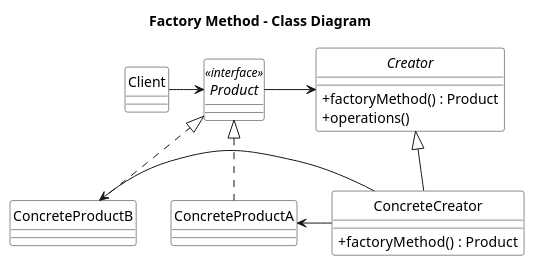
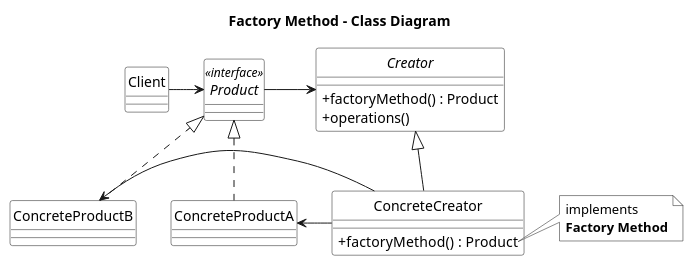
Before and after one commit to AndreaMoschetto/dp-examples: the diagram in plantUML/FactoryMethod_UML/FactoryMethod_ClassDiagram.puml, drawn with PlantUML. The commit also changed 9 other files, not shown here.

```diff
--- a/plantUML/FactoryMethod_UML/FactoryMethod_ClassDiagram.puml
+++ b/plantUML/FactoryMethod_UML/FactoryMethod_ClassDiagram.puml
@@ -1,54 +1,54 @@
 @startuml Factory Method
 
 
 'START STYLE
 skinparam{
     monochrome true
     'shadowing false
     classBackgroundColor white
     noteBackgroundColor white
     ClassAttributeIconSize 0
 }
 hide circle
 'END STYLE
 
 title Factory Method - Class Diagram
 
 interface Creator{
     + factoryMethod() : Product
     + operations()
 }
 
 class ConcreteCreator extends Creator{
     + factoryMethod() :  Product 
     
 }
-note right of ConcreteCreator::FactoryMethod
+note right of ConcreteCreator::factoryMethod
     implements 
     <b>Factory Method</b>
 end note
 
 interface Product<<interface>>
 
 
 class ConcreteProductA implements Product
 class ConcreteProductB implements Product
 
 
 
 class Client
 
 
 
 Product -right> Creator
 
 ConcreteCreator -left> ConcreteProductA
 ConcreteCreator -left> ConcreteProductB
 
 Client -right> Product
 
 
 
 
 
 @enduml
```
